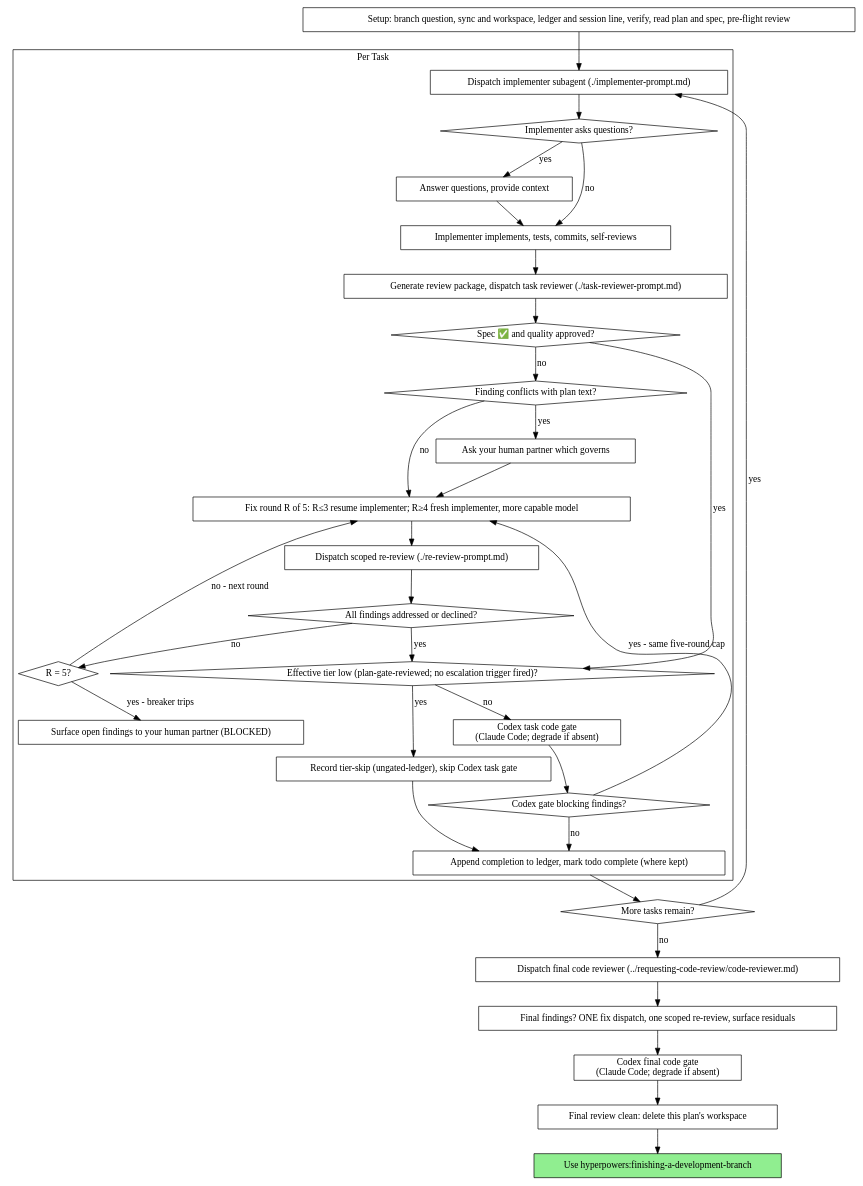
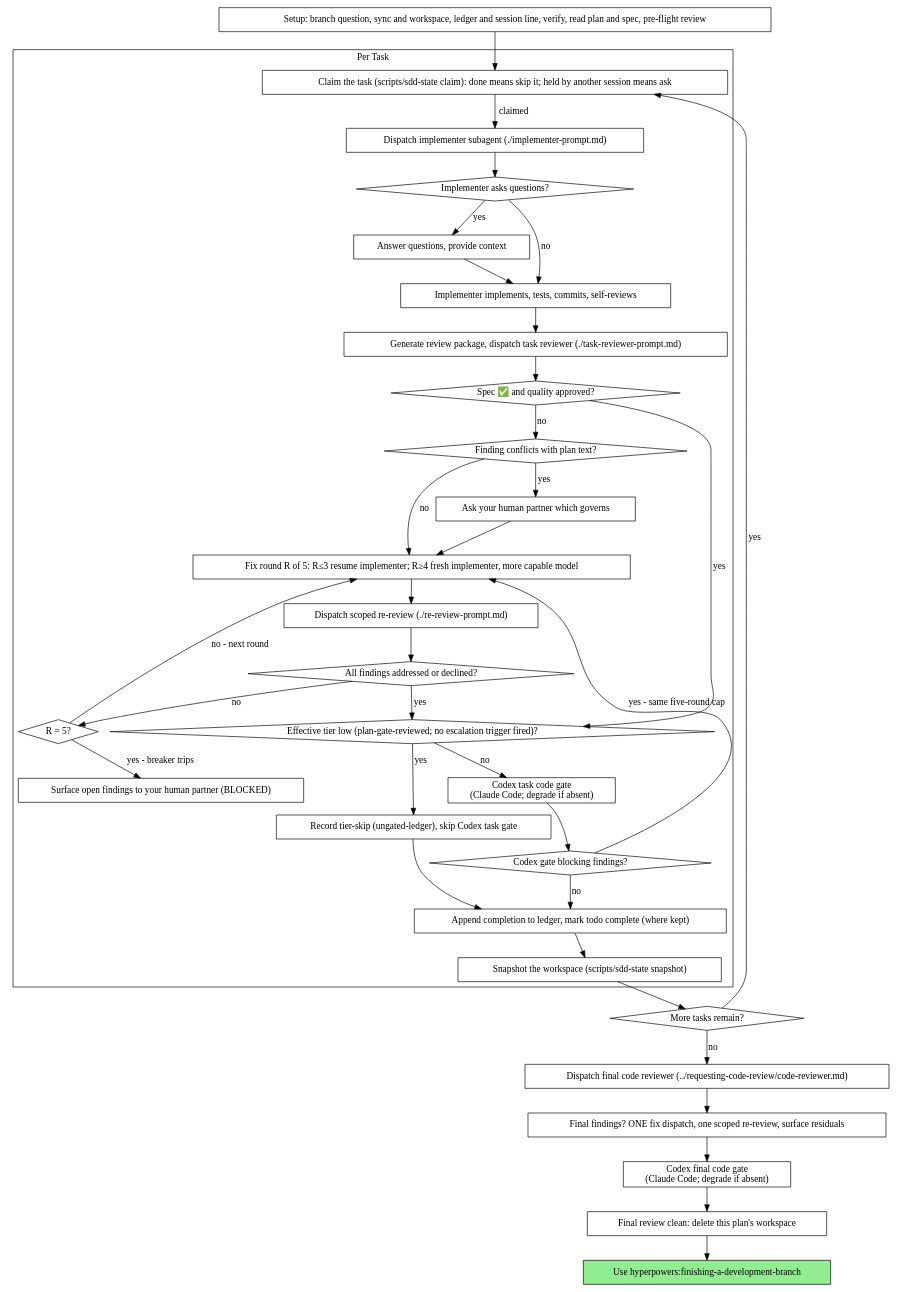
Before and after one commit to scott-arne/hyperpowers: the second of 2 diagrams in skills/subagent-driven-development/SKILL.md, drawn with Graphviz. The commit also changed other lines of this file and 2 other files, not shown here.

Commit message:
fix(sdd): verify, claim, hand-off and finish outcomes all have a stop or a skip, and the graph claims and snapshots

````diff
--- a/skills/subagent-driven-development/SKILL.md
+++ b/skills/subagent-driven-development/SKILL.md
@@ -49,67 +49,71 @@
 ```dot
 digraph process {
     rankdir=TB;
 
     subgraph cluster_per_task {
         label="Per Task";
+        "Claim the task (scripts/sdd-state claim): done means skip it; held by another session means ask" [shape=box];
         "Dispatch implementer subagent (./implementer-prompt.md)" [shape=box];
         "Implementer asks questions?" [shape=diamond];
         "Answer questions, provide context" [shape=box];
         "Implementer implements, tests, commits, self-reviews" [shape=box];
         "Generate review package, dispatch task reviewer (./task-reviewer-prompt.md)" [shape=box];
         "Spec ✅ and quality approved?" [shape=diamond];
         "Finding conflicts with plan text?" [shape=diamond];
         "Ask your human partner which governs" [shape=box];
         "Fix round R of 5: R≤3 resume implementer; R≥4 fresh implementer, more capable model" [shape=box];
         "Dispatch scoped re-review (./re-review-prompt.md)" [shape=box];
         "All findings addressed or declined?" [shape=diamond];
         "R = 5?" [shape=diamond];
         "Surface open findings to your human partner (BLOCKED)" [shape=box];
         "Effective tier low (plan-gate-reviewed; no escalation trigger fired)?" [shape=diamond];
         "Record tier-skip (ungated-ledger), skip Codex task gate" [shape=box];
         "Codex task code gate\n(Claude Code; degrade if absent)" [shape=box];
         "Codex gate blocking findings?" [shape=diamond];
         "Append completion to ledger, mark todo complete (where kept)" [shape=box];
+        "Snapshot the workspace (scripts/sdd-state snapshot)" [shape=box];
     }
 
     "Setup: branch question, sync and workspace, ledger and session line, verify, read plan and spec, pre-flight review" [shape=box];
     "More tasks remain?" [shape=diamond];
     "Dispatch final code reviewer (../requesting-code-review/code-reviewer.md)" [shape=box];
     "Final findings? ONE fix dispatch, one scoped re-review, surface residuals" [shape=box];
     "Codex final code gate\n(Claude Code; degrade if absent)" [shape=box];
     "Final review clean: delete this plan's workspace" [shape=box];
     "Use hyperpowers:finishing-a-development-branch" [shape=box style=filled fillcolor=lightgreen];
 
-    "Setup: branch question, sync and workspace, ledger and session line, verify, read plan and spec, pre-flight review" -> "Dispatch implementer subagent (./implementer-prompt.md)";
+    "Setup: branch question, sync and workspace, ledger and session line, verify, read plan and spec, pre-flight review" -> "Claim the task (scripts/sdd-state claim): done means skip it; held by another session means ask";
+    "Claim the task (scripts/sdd-state claim): done means skip it; held by another session means ask" -> "Dispatch implementer subagent (./implementer-prompt.md)" [label="claimed"];
     "Dispatch implementer subagent (./implementer-prompt.md)" -> "Implementer asks questions?";
     "Implementer asks questions?" -> "Answer questions, provide context" [label="yes"];
     "Answer questions, provide context" -> "Implementer implements, tests, commits, self-reviews";
     "Implementer asks questions?" -> "Implementer implements, tests, commits, self-reviews" [label="no"];
     "Implementer implements, tests, commits, self-reviews" -> "Generate review package, dispatch task reviewer (./task-reviewer-prompt.md)";
     "Generate review package, dispatch task reviewer (./task-reviewer-prompt.md)" -> "Spec ✅ and quality approved?";
     "Spec ✅ and quality approved?" -> "Effective tier low (plan-gate-reviewed; no escalation trigger fired)?" [label="yes"];
     "Spec ✅ and quality approved?" -> "Finding conflicts with plan text?" [label="no"];
     "Finding conflicts with plan text?" -> "Ask your human partner which governs" [label="yes"];
     "Ask your human partner which governs" -> "Fix round R of 5: R≤3 resume implementer; R≥4 fresh implementer, more capable model";
     "Finding conflicts with plan text?" -> "Fix round R of 5: R≤3 resume implementer; R≥4 fresh implementer, more capable model" [label="no"];
     "Fix round R of 5: R≤3 resume implementer; R≥4 fresh implementer, more capable model" -> "Dispatch scoped re-review (./re-review-prompt.md)";
     "Dispatch scoped re-review (./re-review-prompt.md)" -> "All findings addressed or declined?";
     "All findings addressed or declined?" -> "Effective tier low (plan-gate-reviewed; no escalation trigger fired)?" [label="yes"];
     "All findings addressed or declined?" -> "R = 5?" [label="no"];
     "R = 5?" -> "Fix round R of 5: R≤3 resume implementer; R≥4 fresh implementer, more capable model" [label="no - next round"];
     "R = 5?" -> "Surface open findings to your human partner (BLOCKED)" [label="yes - breaker trips"];
     "Effective tier low (plan-gate-reviewed; no escalation trigger fired)?" -> "Record tier-skip (ungated-ledger), skip Codex task gate" [label="yes"];
     "Record tier-skip (ungated-ledger), skip Codex task gate" -> "Append completion to ledger, mark todo complete (where kept)";
     "Effective tier low (plan-gate-reviewed; no escalation trigger fired)?" -> "Codex task code gate\n(Claude Code; degrade if absent)" [label="no"];
     "Codex task code gate\n(Claude Code; degrade if absent)" -> "Codex gate blocking findings?";
     "Codex gate blocking findings?" -> "Fix round R of 5: R≤3 resume implementer; R≥4 fresh implementer, more capable model" [label="yes - same five-round cap"];
     "Codex gate blocking findings?" -> "Append completion to ledger, mark todo complete (where kept)" [label="no"];
-    "Append completion to ledger, mark todo complete (where kept)" -> "More tasks remain?";
-    "More tasks remain?" -> "Dispatch implementer subagent (./implementer-prompt.md)" [label="yes"];
+    "Append completion to ledger, mark todo complete (where kept)" -> "Snapshot the workspace (scripts/sdd-state snapshot)";
+    "Snapshot the workspace (scripts/sdd-state snapshot)" -> "More tasks remain?";
+    "More tasks remain?" -> "Claim the task (scripts/sdd-state claim): done means skip it; held by another session means ask" [label="yes"];
     "More tasks remain?" -> "Dispatch final code reviewer (../requesting-code-review/code-reviewer.md)" [label="no"];
     "Dispatch final code reviewer (../requesting-code-review/code-reviewer.md)" -> "Final findings? ONE fix dispatch, one scoped re-review, surface residuals";
     "Final findings? ONE fix dispatch, one scoped re-review, surface residuals" -> "Codex final code gate\n(Claude Code; degrade if absent)";
     "Codex final code gate\n(Claude Code; degrade if absent)" -> "Final review clean: delete this plan's workspace";
     "Final review clean: delete this plan's workspace" -> "Use hyperpowers:finishing-a-development-branch";
 }
 ```
````
